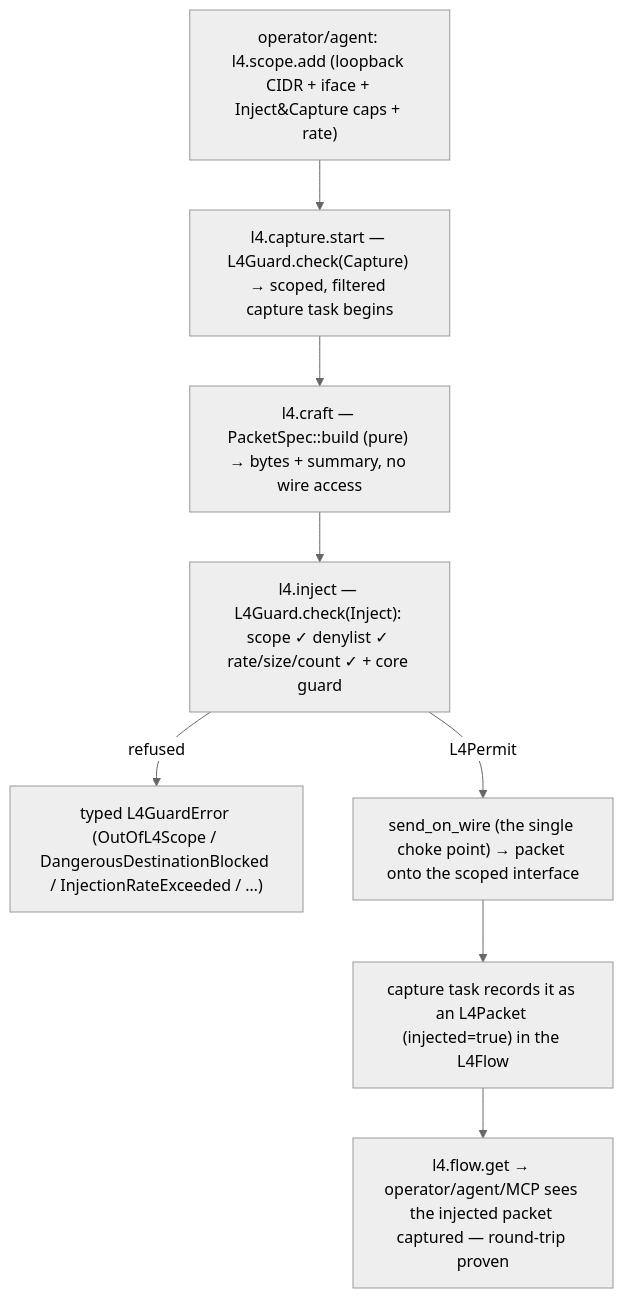
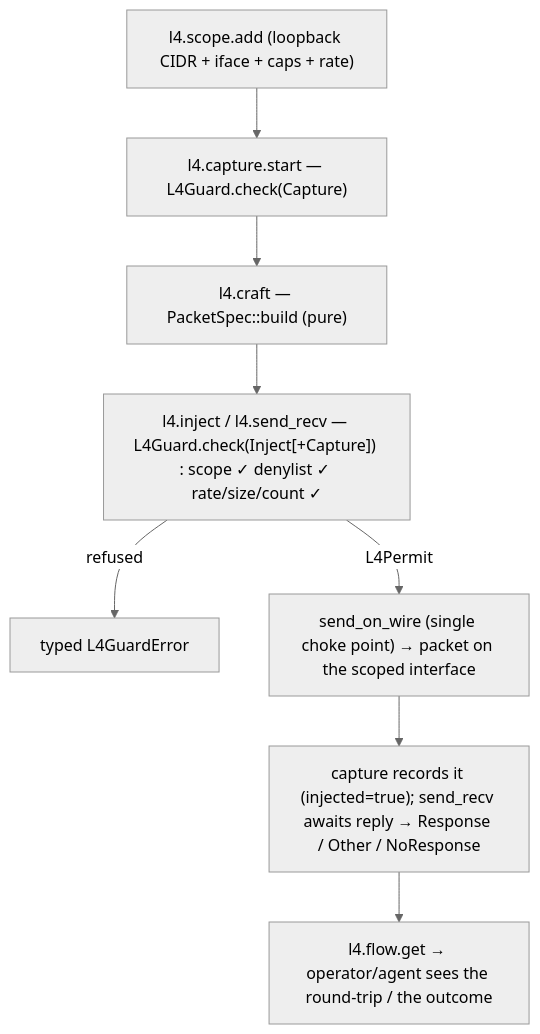
One commit to mrbrutti/aitmproxy changed the second of 3 diagrams in docs/superpowers/specs/2026-10-27-aitmproxy-m5-l4-packet-mitm-design.md. Above: the diagram before and after it, drawn with Mermaid (neutral theme). The commit also changed other lines of this file and 2 other files, not shown here.

First line of the commit message:
docs(design): M5 in-path packet interception (NFQUEUE, Linux-first) + research note 09

````diff
--- a/docs/superpowers/specs/2026-10-27-aitmproxy-m5-l4-packet-mitm-design.md
+++ b/docs/superpowers/specs/2026-10-27-aitmproxy-m5-l4-packet-mitm-design.md
@@ -578,10 +614,10 @@
 ```mermaid
 flowchart TD
-  A["operator/agent: l4.scope.add (loopback CIDR + iface + Inject&Capture caps + rate)"] --> B["l4.capture.start — L4Guard.check(Capture) → scoped, filtered capture task begins"]
-  B --> C["l4.craft — PacketSpec::build (pure) → bytes + summary, no wire access"]
-  C --> D["l4.inject — L4Guard.check(Inject): scope ✓ denylist ✓ rate/size/count ✓ + core guard"]
-  D -->|refused| R["typed L4GuardError (OutOfL4Scope / DangerousDestinationBlocked / InjectionRateExceeded / …)"]
-  D -->|L4Permit| E["send_on_wire (the single choke point) → packet onto the scoped interface"]
-  E --> F["capture task records it as an L4Packet (injected=true) in the L4Flow"]
-  F --> G["l4.flow.get → operator/agent/MCP sees the injected packet captured — round-trip proven"]
+  A["l4.scope.add (loopback CIDR + iface + caps + rate)"] --> B["l4.capture.start — L4Guard.check(Capture)"]
+  B --> C["l4.craft — PacketSpec::build (pure)"]
+  C --> D["l4.inject / l4.send_recv — L4Guard.check(Inject[+Capture]) : scope ✓ denylist ✓ rate/size/count ✓"]
+  D -->|refused| R["typed L4GuardError"]
+  D -->|L4Permit| E["send_on_wire (single choke point) → packet on the scoped interface"]
+  E --> F["capture records it (injected=true); send_recv awaits reply → Response / Other / NoResponse"]
+  F --> G["l4.flow.get → operator/agent sees the round-trip / the outcome"]
 ```
````
